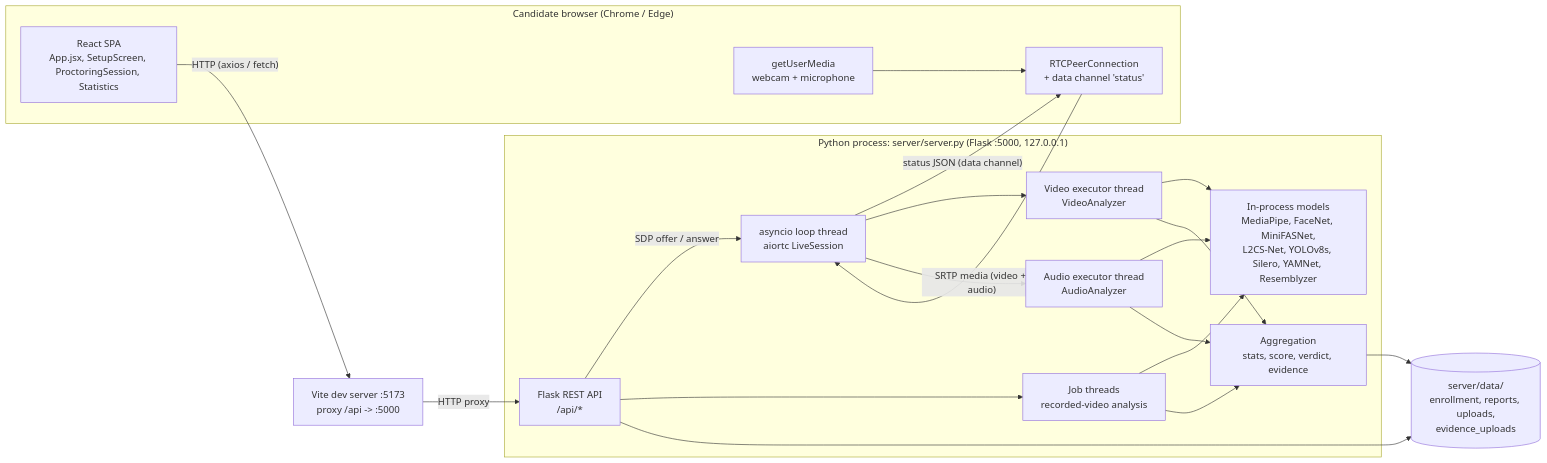
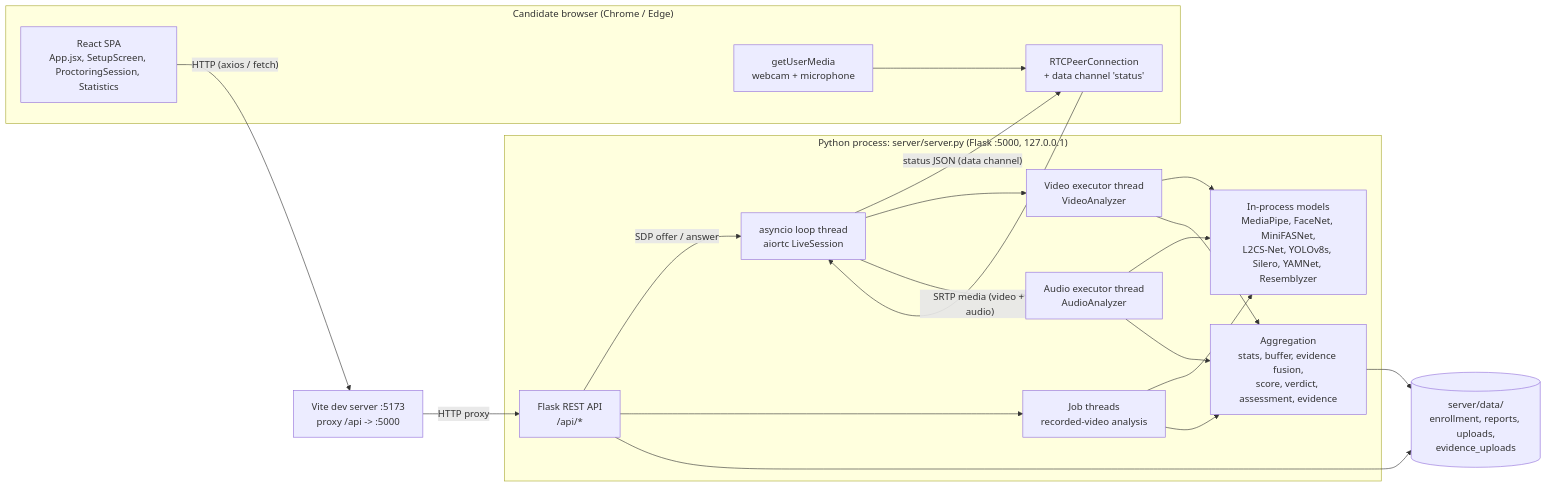
One commit to Cleancode16/major-project-online-proctoring changed the first of 8 diagrams in README.md. Above: the diagram before and after it, drawn with Mermaid. The commit also changed other lines of this file, not shown here.

````diff
--- a/README.md
+++ b/README.md
@@ -200,40 +205,40 @@
 ```mermaid
 flowchart LR
     subgraph Browser["Candidate browser (Chrome / Edge)"]
         UI["React SPA<br/>App.jsx, SetupScreen, ProctoringSession, Statistics"]
         MEDIA["getUserMedia<br/>webcam + microphone"]
         PC["RTCPeerConnection<br/>+ data channel 'status'"]
     end
 
     VITE["Vite dev server :5173<br/>proxy /api -> :5000"]
 
     subgraph Server["Python process: server/server.py (Flask :5000, 127.0.0.1)"]
         API["Flask REST API<br/>/api/*"]
         LOOP["asyncio loop thread<br/>aiortc LiveSession"]
         VEX["Video executor thread<br/>VideoAnalyzer"]
         AEX["Audio executor thread<br/>AudioAnalyzer"]
         JOB["Job threads<br/>recorded-video analysis"]
         MODELS["In-process models<br/>MediaPipe, FaceNet, MiniFASNet,<br/>L2CS-Net, YOLOv8s, Silero, YAMNet, Resemblyzer"]
-        AGG["Aggregation<br/>stats, score, verdict, evidence"]
+        AGG["Aggregation<br/>stats, buffer, evidence fusion,<br/>score, verdict, assessment, evidence"]
     end
 
     FS[("server/data/<br/>enrollment, reports, uploads,<br/>evidence_uploads")]
 
     UI -- "HTTP (axios / fetch)" --> VITE
     VITE -- "HTTP proxy" --> API
     MEDIA --> PC
     PC -- "SRTP media (video + audio)" --> LOOP
     LOOP -- "status JSON (data channel)" --> PC
     API -- "SDP offer / answer" --> LOOP
     LOOP --> VEX
     LOOP --> AEX
     API --> JOB
     VEX --> MODELS
     AEX --> MODELS
     JOB --> MODELS
     VEX --> AGG
     AEX --> AGG
     JOB --> AGG
     AGG --> FS
     API --> FS
 ```
````
